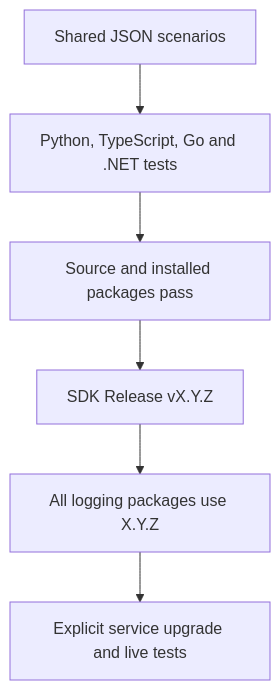
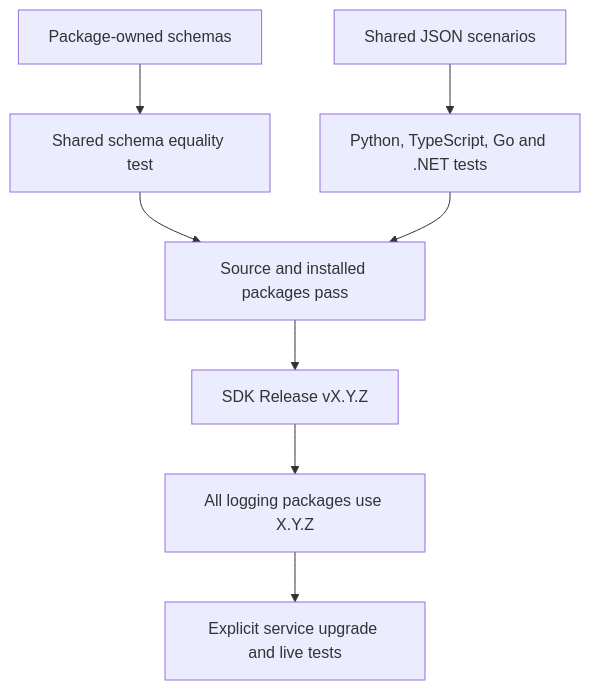
One commit to onenexus-team/onenexus-sdks changed the diagram in docs/logging.md. Above: the diagram before and after it, drawn with Mermaid. The commit also changed other lines of this file and 47 other files, not shown here.

````diff
--- a/docs/logging.md
+++ b/docs/logging.md
@@ -3,8 +6,10 @@
 ```mermaid
 flowchart TD
+    Schemas[Package-owned schemas] --> Equality[Shared schema equality test]
+    Equality --> Gate
     Cases[Shared JSON scenarios] --> Tests[Python, TypeScript, Go and .NET tests]
     Tests --> Gate[Source and installed packages pass]
     Gate --> Release[SDK Release vX.Y.Z]
     Release --> Packages[All logging packages use X.Y.Z]
     Packages --> Service[Explicit service upgrade and live tests]
 ```
````
